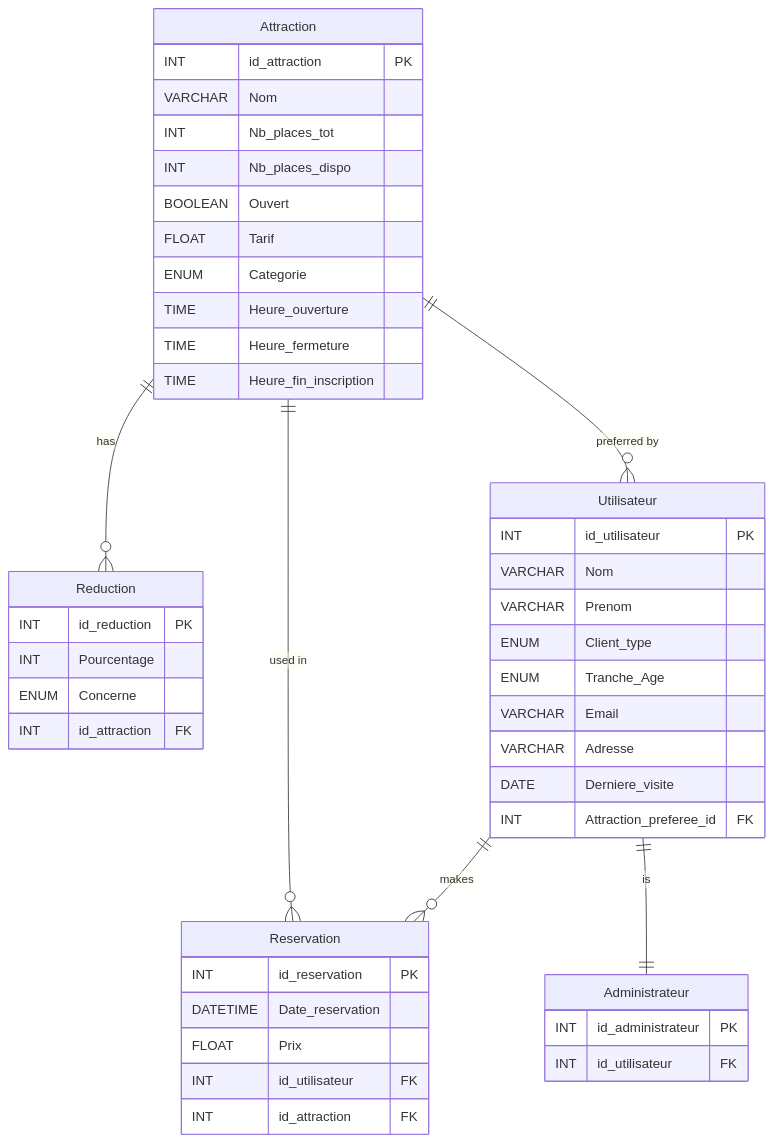
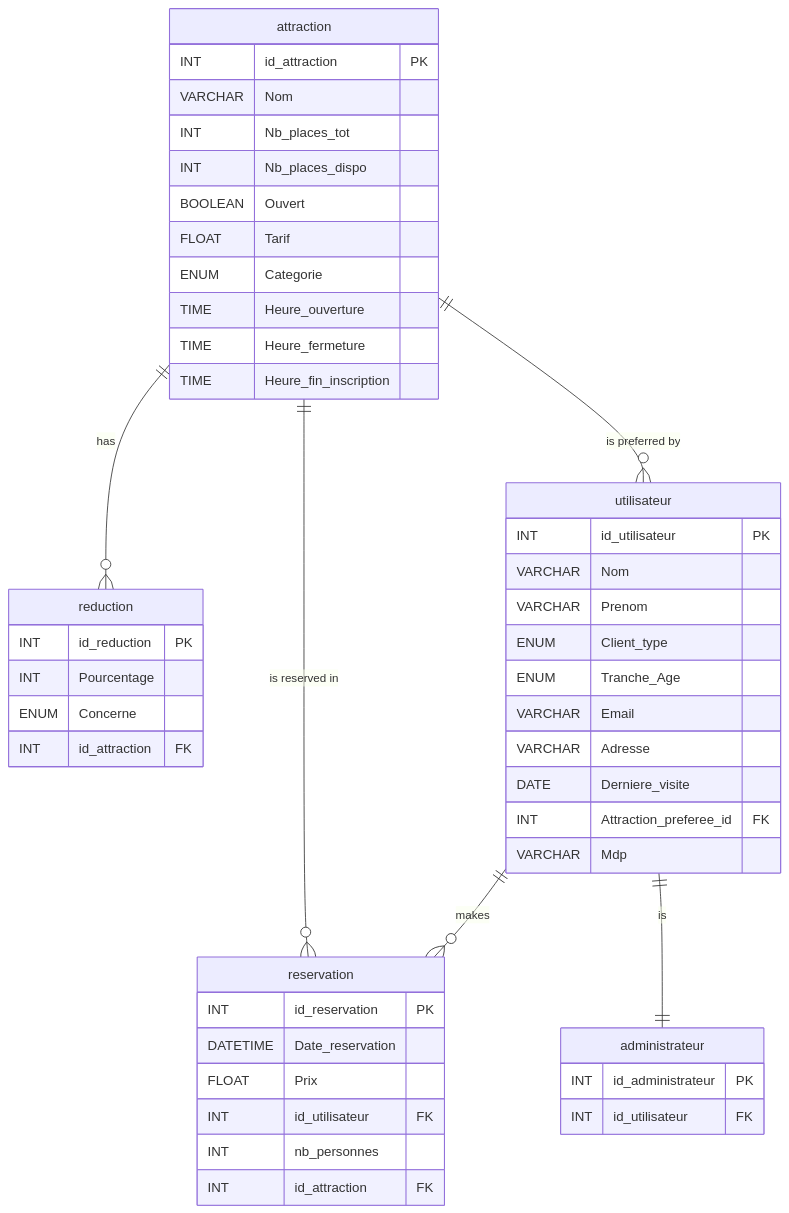
One commit to RobinKoenig69/Projet_Java changed the diagram in BDD/Schematic.md. Above: the diagram before and after it, drawn with Mermaid.

Commit message:
Mise a jour du schéma markdown / mermaid du projet

````diff
--- a/BDD/Schematic.md
+++ b/BDD/Schematic.md
@@ -1,53 +1,56 @@
 ```mermaid
 erDiagram
-    Attraction {
+    attraction {
         INT id_attraction PK
         VARCHAR Nom
         INT Nb_places_tot
         INT Nb_places_dispo
         BOOLEAN Ouvert
         FLOAT Tarif
         ENUM Categorie
         TIME Heure_ouverture
         TIME Heure_fermeture
         TIME Heure_fin_inscription
     }
 
-    Reduction {
+    reduction {
         INT id_reduction PK
         INT Pourcentage
         ENUM Concerne
         INT id_attraction FK
     }
 
-    Utilisateur {
+    utilisateur {
         INT id_utilisateur PK
         VARCHAR Nom
         VARCHAR Prenom
         ENUM Client_type
         ENUM Tranche_Age
         VARCHAR Email
         VARCHAR Adresse
         DATE Derniere_visite
         INT Attraction_preferee_id FK
+        VARCHAR Mdp
     }
 
-    Reservation {
+    reservation {
         INT id_reservation PK
         DATETIME Date_reservation
         FLOAT Prix
         INT id_utilisateur FK
+        INT nb_personnes
         INT id_attraction FK
     }
 
-    Administrateur {
+    administrateur {
         INT id_administrateur PK
         INT id_utilisateur FK
     }
 
-    Attraction ||--o{ Reduction : "has"
-    Attraction ||--o{ Reservation : "used in"
-    Attraction ||--o{ Utilisateur : "preferred by"
-    Utilisateur ||--o{ Reservation : "makes"
-    Utilisateur ||--|| Administrateur : "is"
+    attraction ||--o{ reduction : "has"
+    attraction ||--o{ utilisateur : "is preferred by"
+    attraction ||--o{ reservation : "is reserved in"
+    utilisateur ||--o{ reservation : "makes"
+    utilisateur ||--|| administrateur : "is"
+
 ```
````
